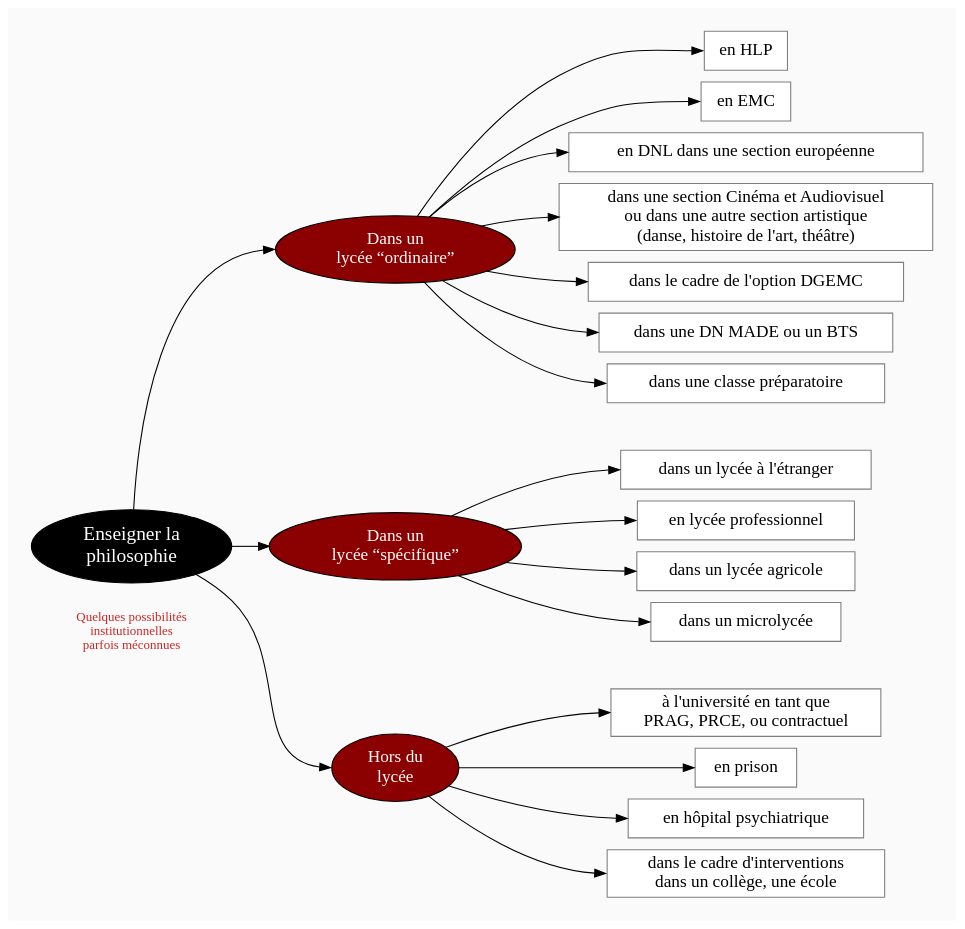
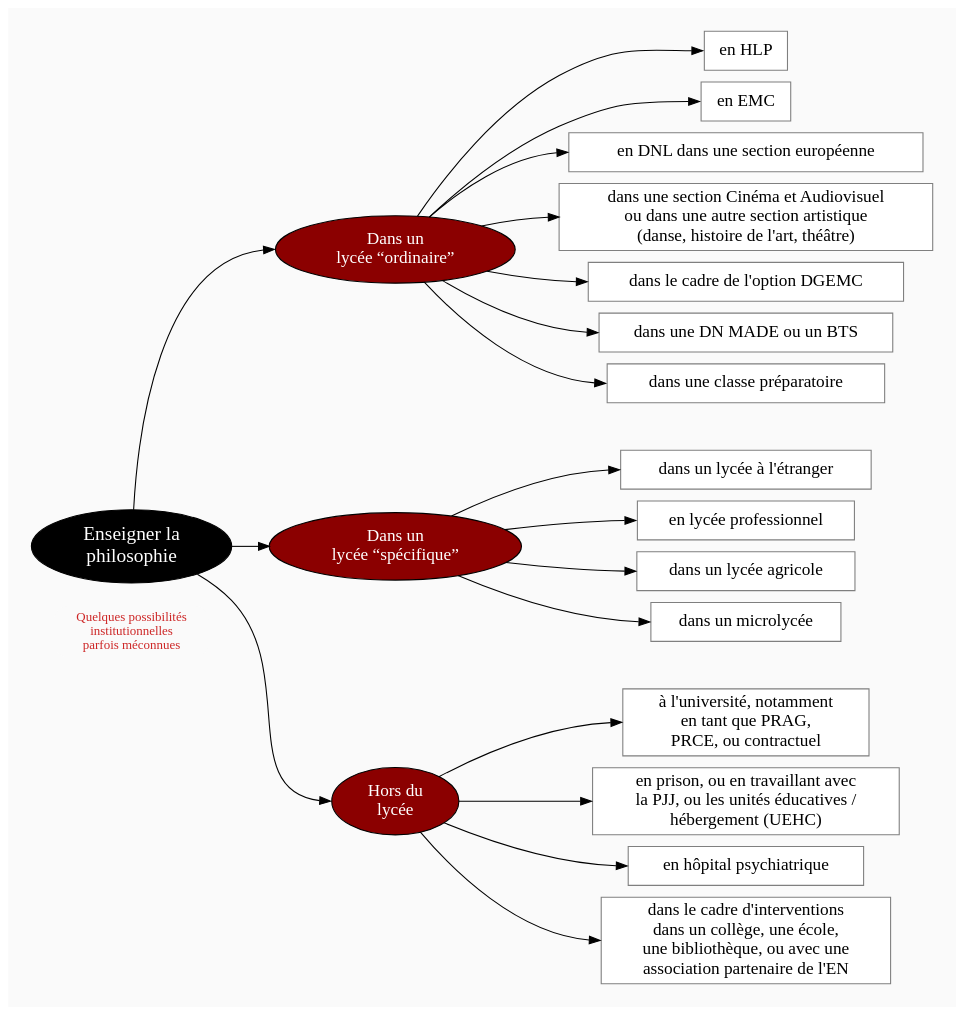
One commit to eyssette/graphviz-examples changed the diagram in diagram/enseigner-la-philosophie-differentes-possibilites.dot. Above: the diagram before and after it, drawn with Graphviz.

```diff
--- a/diagram/enseigner-la-philosophie-differentes-possibilites.dot
+++ b/diagram/enseigner-la-philosophie-differentes-possibilites.dot
@@ -1,97 +1,102 @@
 digraph G {
 // Template : diagram
 // Usage : 
 rankdir=LR
 splines=true
 //splines=curved
 bgcolor=grey98
 pad=0.3
 style=filled
 edge[minlen=4]
 node[style=filled, fontcolor=white]
 ranksep=0.1
 nodesep=0.15
 
 // NIVEAU 1
 node[fillcolor=12, fontsize=18]
 a1[label="Enseigner la
 philosophie"]
 
 // NIVEAU 2
 node[fillcolor=red4, fontsize=16]
 a1->{
 b1[label="Dans un
 lycée “ordinaire”"]    
 b2[label="Dans un
 lycée “spécifique”"]    
 b3[label="Hors du
 lycée"]
 }[headport=w]
 
 node[fontcolor=black]
 // NIVEAU 3 (sans intermédiaire)
 node [shape=box, fillcolor=white, color=grey50]
 // c1[label=""]
 b1->{ca1,ca2,ca3,ca4,ca5, ca6, ca7}[headport=w]
 ca1[label="en HLP"]
 ca2[label="en EMC"]
 ca3[label="en DNL dans une section européenne"]
 ca4[label="dans une section Cinéma et Audiovisuel
 ou dans une autre section artistique
 (danse, histoire de l'art, théâtre)"]
 ca5[label="dans le cadre de l'option DGEMC"]
 
 ca6[label="dans une DN MADE ou un BTS"]
 ca7[label="dans une classe préparatoire"]
 
 b2->{cb1,cb2, cb3, cb4}[headport=w]
 cb1[label="dans un lycée à l'étranger"]
 cb2[label="en lycée professionnel"]
 cb3[label="dans un lycée agricole"]
 cb4[label="dans un microlycée"]
 
 b3->{cc1,cc2,cc3, cc4}[headport=w]
-cc1[label="à l'université en tant que
-PRAG, PRCE, ou contractuel"]
-cc2[label="en prison"]
+cc1[label="à l'université, notamment
+en tant que PRAG,
+PRCE, ou contractuel"]
+cc2[label="en prison, ou en travaillant avec
+la PJJ, ou les unités éducatives /
+hébergement (UEHC)"]
 cc3[label="en hôpital psychiatrique"]
 cc4[label="dans le cadre d'interventions
-dans un collège, une école"]
+dans un collège, une école,
+une bibliothèque, ou avec une
+association partenaire de l'EN"]
 
 {rank=same;ca7->cb1[style=invis]}
 {rank=same;cb4->cc1[style=invis]}
 
 // INTERMÉDIAIRE AVANT NIVEAU 3
 node[fillcolor=grey78, shape=oval]
 // [arrowhead=none]
 // bc1[label=""]
 
 // NIVEAU 3 (avec intermédiaire)
 node[fillcolor=white, shape=box, color=grey50]
 // c1[label=""]
 
 // NIVEAU 4
 node[style="filled,rounded", fillcolor=white, shape=box, color=grey50]
 // d1[label=""]
 
 
 
 // ÉTIQUETTES EN ROUGE
 node[shape=plaintext, fontcolor=firebrick3, fillcolor=grey98, fontsize=12]
 // e1[label=< <B>= Titre</B><BR /><BR />Contenu<BR /> >]
 // e1[label=""]
 // ->e1[minlen=1, style=invis]
 
 {rank=same;a1->e1[minlen=2, style=invis]}
 e1[label="Quelques possibilités
 institutionnelles
 parfois méconnues"]
 
 // REMARQUES EN BLEU
 node[color=blue, shape=box, margin=0.07, fontcolor=black, fontsize=12, style="dashed", penwidth=0.6]
 edge[color=blue, arrowhead="none", xlabel="", style="dashed", penwidth=0.6]
 // r1[label=""]
 // {rank=same;->r1}
 // {rank=same;r1->[dir=back]}
 
 }
```
